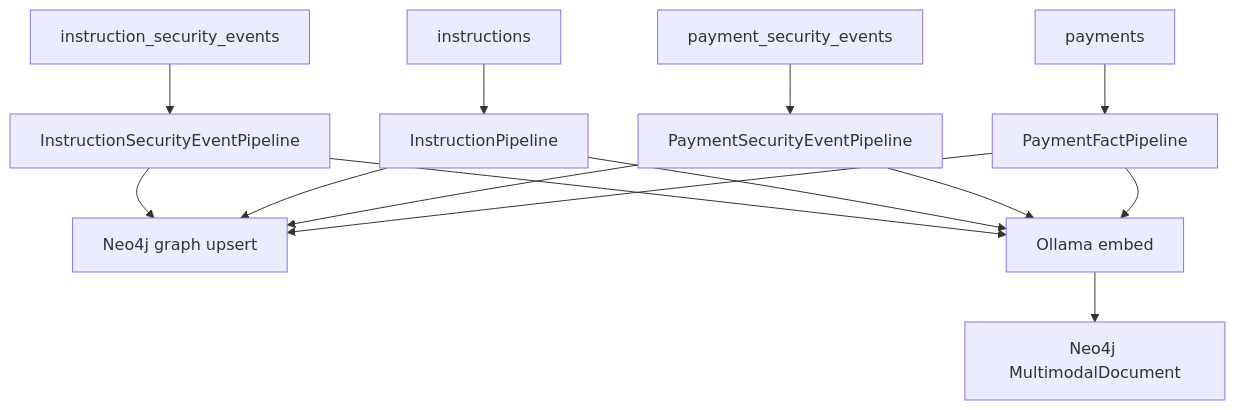
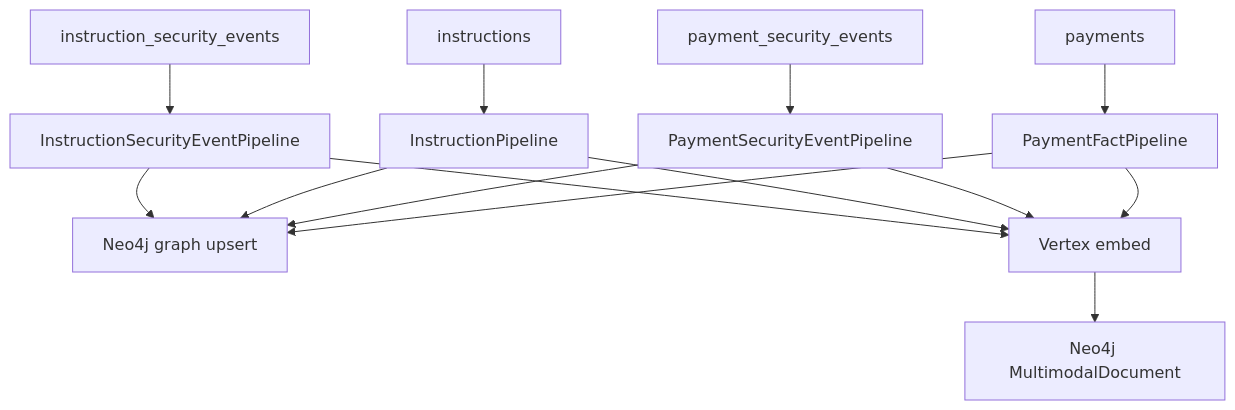
One commit to sanjuthomas/policy-pilot changed the diagram in ssi-indexer/README.md. Above: the diagram before and after it, drawn with Mermaid. The commit also changed other lines of this file and 84 other files, not shown here.

````diff
--- a/ssi-indexer/README.md
+++ b/ssi-indexer/README.md
@@ -15,16 +24,16 @@
 ```mermaid
 flowchart TB
     K1[instruction_security_events] --> P1[InstructionSecurityEventPipeline]
     K2[instructions] --> P2[InstructionPipeline]
     K3[payment_security_events] --> P3[PaymentSecurityEventPipeline]
     K4[payments] --> P4[PaymentFactPipeline]
     P1 --> NEO[Neo4j graph upsert]
     P2 --> NEO
     P3 --> NEO
     P4 --> NEO
-    P1 --> OLL[Ollama embed]
-    P2 --> OLL
-    P3 --> OLL
-    P4 --> OLL
-    OLL --> MM[Neo4j MultimodalDocument]
+    P1 --> VTX[Vertex embed]
+    P2 --> VTX
+    P3 --> VTX
+    P4 --> VTX
+    VTX --> MM[Neo4j MultimodalDocument]
 ```
````
